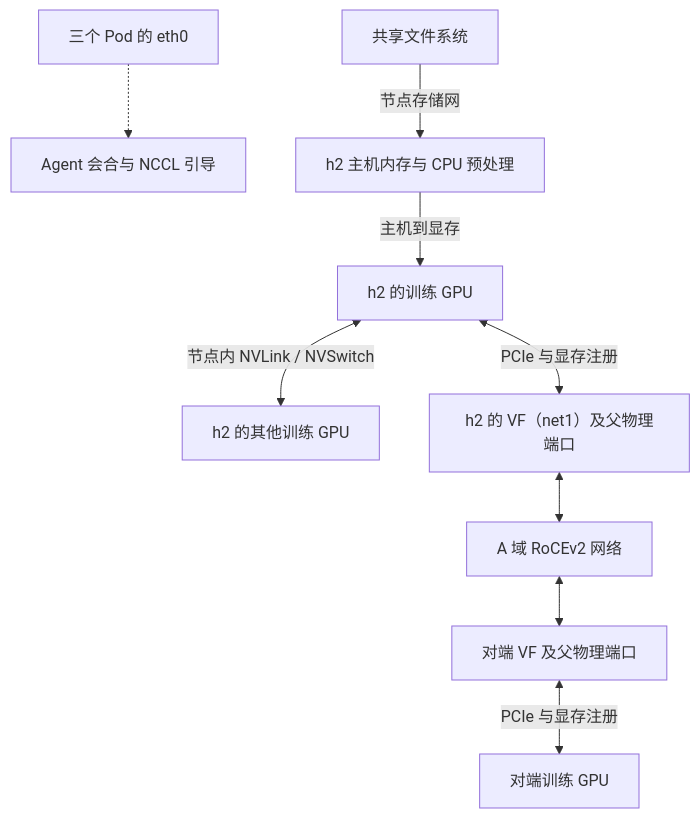
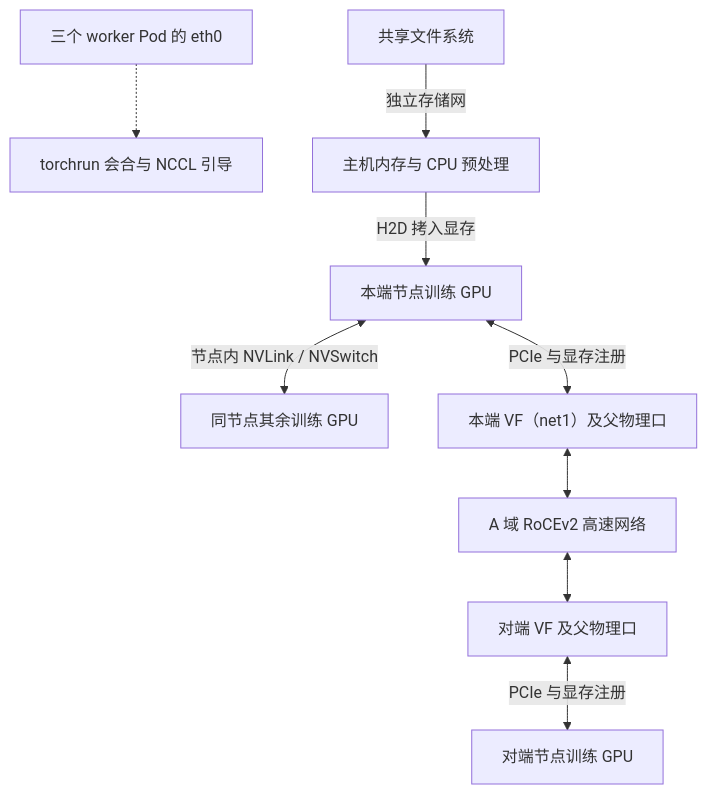
One commit to realtyz/ops-manual changed the second of 2 diagrams in AI-Infra/20_用完整场景串联整套知识/01_三节点 GPU 作业的生命周期与数据路径.md. Above: the diagram before and after it, drawn with Mermaid. The commit also changed other lines of this file and 194 other files, not shown here.

````diff
--- a/AI-Infra/20_用完整场景串联整套知识/01_三节点 GPU 作业的生命周期与数据路径.md
+++ b/AI-Infra/20_用完整场景串联整套知识/01_三节点 GPU 作业的生命周期与数据路径.md
@@ -54,13 +145,13 @@
 ```mermaid
 flowchart TD
-    accTitle: J20 的引导、集合通信和输入路径
-    accDescr: 三个 Pod 的 eth0 用于会合和 NCCL 引导。两台节点间的 GPU 显存经 VF 所在的物理端口和 RoCEv2 网络交换数据。节点内 GPU 经 NVSwitch 互通。训练批次经独立存储网、主机和 CPU 预处理送入显存。
-    A["三个 Pod 的 eth0"] -.-> R["Agent 会合与 NCCL 引导"]
-    G["h2 的训练 GPU"] <-->|节点内 NVLink / NVSwitch| L["h2 的其他训练 GPU"]
-    G <-->|PCIe 与显存注册| N["h2 的 VF（net1）及父物理端口"]
-    N <--> F["A 域 RoCEv2 网络"]
-    F <--> P["对端 VF 及父物理端口"]
-    P <-->|PCIe 与显存注册| H["对端训练 GPU"]
-    S["共享文件系统"] -->|节点存储网| C["h2 主机内存与 CPU 预处理"]
-    C -->|主机到显存| G
+    accTitle: 三节点作业的引导、集合通信与数据供给路径
+    accDescr: 三个 Pod 的 eth0 负责会合与 NCCL 引导；节点内多张 GPU 经 NVLink 与 NVSwitch 互通；跨节点 GPU 显存经 PCIe、VF 与父物理口通过 A 域 RoCEv2 直传；训练输入经独立存储网、主机内存与 CPU 预处理进入显存。
+    A["三个 worker Pod 的 eth0"] -.-> R["torchrun 会合与 NCCL 引导"]
+    G["本端节点训练 GPU"] <-->|节点内 NVLink / NVSwitch| L["同节点其余训练 GPU"]
+    G <-->|PCIe 与显存注册| N["本端 VF（net1）及父物理口"]
+    N <--> F["A 域 RoCEv2 高速网络"]
+    F <--> P["对端 VF 及父物理口"]
+    P <-->|PCIe 与显存注册| H["对端节点训练 GPU"]
+    S["共享文件系统"] -->|独立存储网| C["主机内存与 CPU 预处理"]
+    C -->|H2D 拷入显存| G
 ```
````
